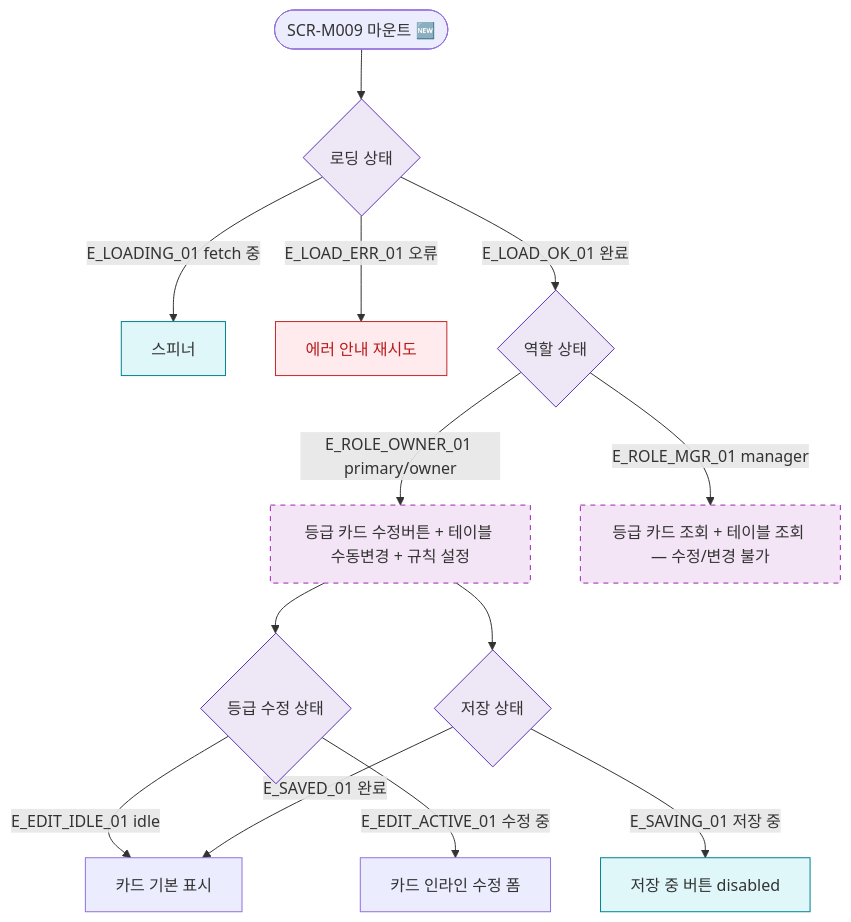
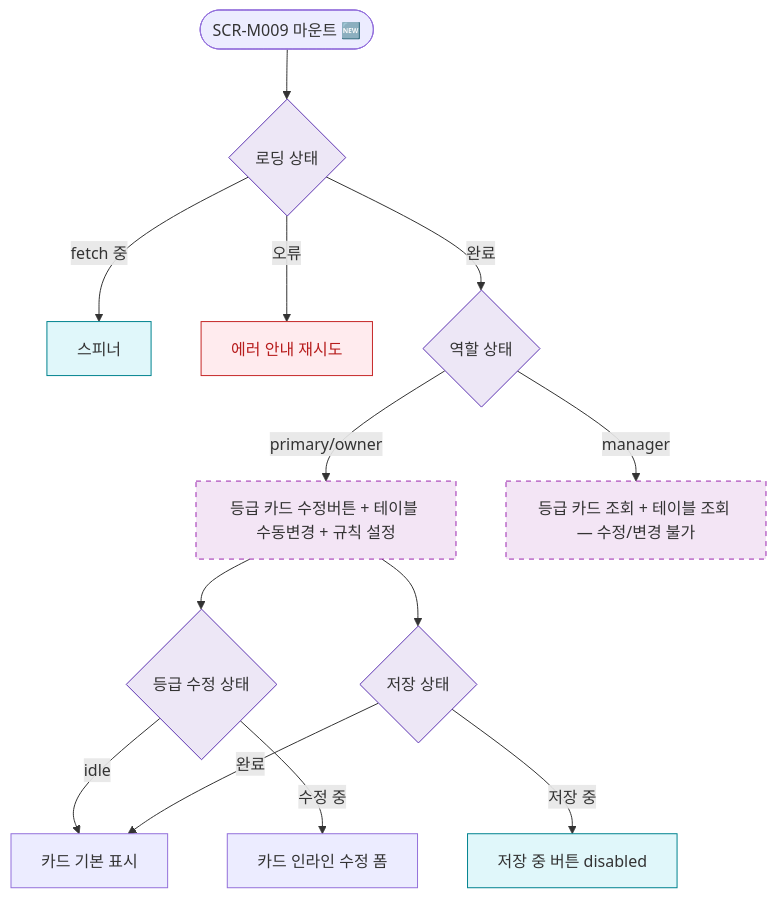
Before and after one commit to dev-spogym/admin-pando: the diagram in docs/다이어그램/D02_회원관리/SCR-M009_등급관리/F6_상태별화면.md, drawn with Mermaid. The commit also changed other lines of this file and 1660 other files, not shown here.

First line of the commit message:
다이어그램: 기획자/클라이언트 납품본으로 정리

````diff
--- a/docs/다이어그램/D02_회원관리/SCR-M009_등급관리/F6_상태별화면.md
+++ b/docs/다이어그램/D02_회원관리/SCR-M009_등급관리/F6_상태별화면.md
@@ -22,32 +20,32 @@
 ```mermaid
 flowchart TD
   MOUNT([SCR-M009 마운트 🆕])
 
   MOUNT --> LOAD_STATE{로딩 상태}
 
-  LOAD_STATE -->|E_LOADING_01 fetch 중| UI_LOADING[스피너]
-  LOAD_STATE -->|E_LOAD_ERR_01 오류| UI_ERR[에러 안내 재시도]
-  LOAD_STATE -->|E_LOAD_OK_01 완료| ROLE_STATE{역할 상태}
+  LOAD_STATE -->|fetch 중|UI_LOADING[스피너]
+  LOAD_STATE -->|오류|UI_ERR[에러 안내 재시도]
+  LOAD_STATE -->|완료|ROLE_STATE{역할 상태}
 
-  ROLE_STATE -->|E_ROLE_OWNER_01 primary/owner| UI_FULL[등급 카드 수정버튼 + 테이블 수동변경 + 규칙 설정]
-  ROLE_STATE -->|E_ROLE_MGR_01 manager| UI_VIEW[등급 카드 조회 + 테이블 조회 — 수정/변경 불가]
+  ROLE_STATE -->|primary/owner|UI_FULL[등급 카드 수정버튼 + 테이블 수동변경 + 규칙 설정]
+  ROLE_STATE -->|manager|UI_VIEW[등급 카드 조회 + 테이블 조회 — 수정/변경 불가]
 
   UI_FULL --> EDIT_STATE{등급 수정 상태}
-  EDIT_STATE -->|E_EDIT_IDLE_01 idle| UI_CARD_NORMAL[카드 기본 표시]
-  EDIT_STATE -->|E_EDIT_ACTIVE_01 수정 중| UI_CARD_EDIT[카드 인라인 수정 폼]
+  EDIT_STATE -->|idle|UI_CARD_NORMAL[카드 기본 표시]
+  EDIT_STATE -->|수정 중|UI_CARD_EDIT[카드 인라인 수정 폼]
 
   UI_FULL --> SAVE_STATE{저장 상태}
-  SAVE_STATE -->|E_SAVING_01 저장 중| UI_SAVING[저장 중 버튼 disabled]
-  SAVE_STATE -->|E_SAVED_01 완료| UI_CARD_NORMAL
+  SAVE_STATE -->|저장 중|UI_SAVING[저장 중 버튼 disabled]
+  SAVE_STATE -->|완료|UI_CARD_NORMAL
 
-  classDef screen     fill:#E3F2FD,stroke:#1976D2,color:#0D47A1
+  classDef screen fill:#E3F2FD,stroke:#1976D2,color:#0D47A1
   classDef newFeature fill:#F3E5F5,stroke:#9C27B0,stroke-dasharray:5 5
-  classDef error      fill:#FFEBEE,stroke:#C62828,color:#B71C1C
-  classDef system     fill:#EDE7F6,stroke:#5E35B2
-  classDef info       fill:#E0F7FA,stroke:#00838F
+  classDef error fill:#FFEBEE,stroke:#C62828,color:#B71C1C
+  classDef system fill:#EDE7F6,stroke:#5E35B2
+  classDef info fill:#E0F7FA,stroke:#00838F
 
   class UI_FULL,UI_VIEW newFeature
   class UI_ERR error
   class UI_LOADING,UI_SAVING info
   class LOAD_STATE,ROLE_STATE,EDIT_STATE,SAVE_STATE system
 ```
````
